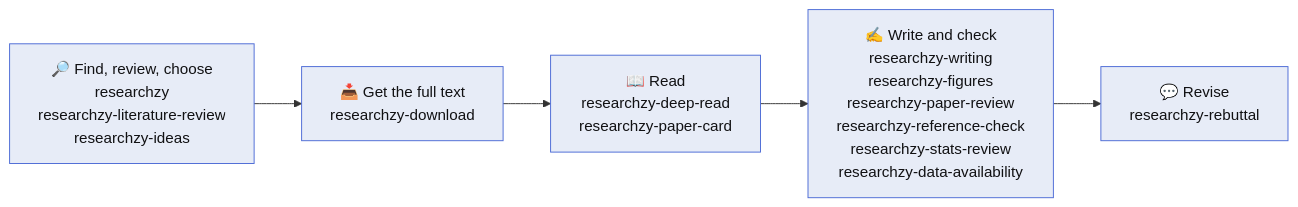
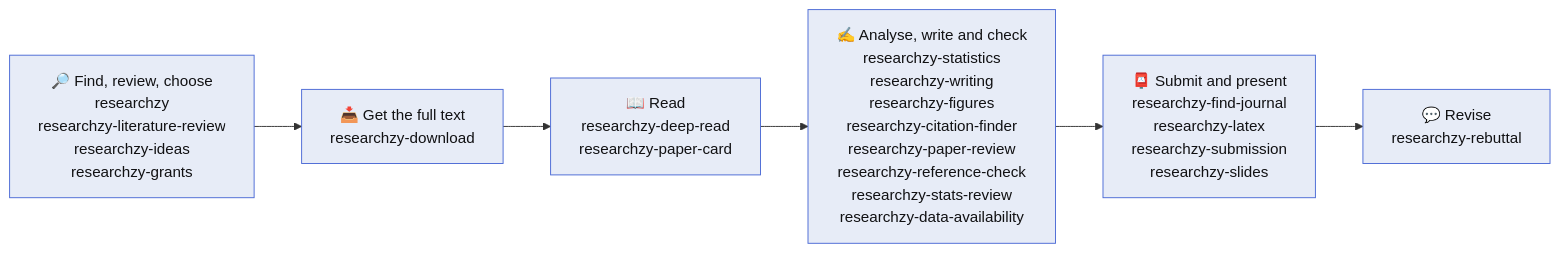
One commit to Researchzy/Researchzy-academic-skills changed the diagram in README.md. Above: the diagram before and after it, drawn with Mermaid. The commit also changed other lines of this file and 117 other files, not shown here.

````diff
--- a/README.md
+++ b/README.md
@@ -84,10 +97,11 @@
 ```mermaid
 %%{init: {"flowchart": {"wrappingWidth": 260}}}%%
 flowchart LR
-    A["🔎 Find, review, choose<br/>researchzy<br/>researchzy-literature-review<br/>researchzy-ideas"] --> B["📥 Get the full text<br/>researchzy-download"]
+    A["🔎 Find, review, choose<br/>researchzy<br/>researchzy-literature-review<br/>researchzy-ideas<br/>researchzy-grants"] --> B["📥 Get the full text<br/>researchzy-download"]
     B --> C["📖 Read<br/>researchzy-deep-read<br/>researchzy-paper-card"]
-    C --> D["✍️ Write and check<br/>researchzy-writing<br/>researchzy-figures<br/>researchzy-paper-review<br/>researchzy-reference-check<br/>researchzy-stats-review<br/>researchzy-data-availability"]
-    D --> E["💬 Revise<br/>researchzy-rebuttal"]
+    C --> D["✍️ Analyse, write and check<br/>researchzy-statistics<br/>researchzy-writing<br/>researchzy-figures<br/>researchzy-citation-finder<br/>researchzy-paper-review<br/>researchzy-reference-check<br/>researchzy-stats-review<br/>researchzy-data-availability"]
+    D --> E["📮 Submit and present<br/>researchzy-find-journal<br/>researchzy-latex<br/>researchzy-submission<br/>researchzy-slides"]
+    E --> F["💬 Revise<br/>researchzy-rebuttal"]
     classDef step fill:#E7ECF7,stroke:#4C6BD6,color:#111113
-    class A,B,C,D,E step
+    class A,B,C,D,E,F step
 ```
````
